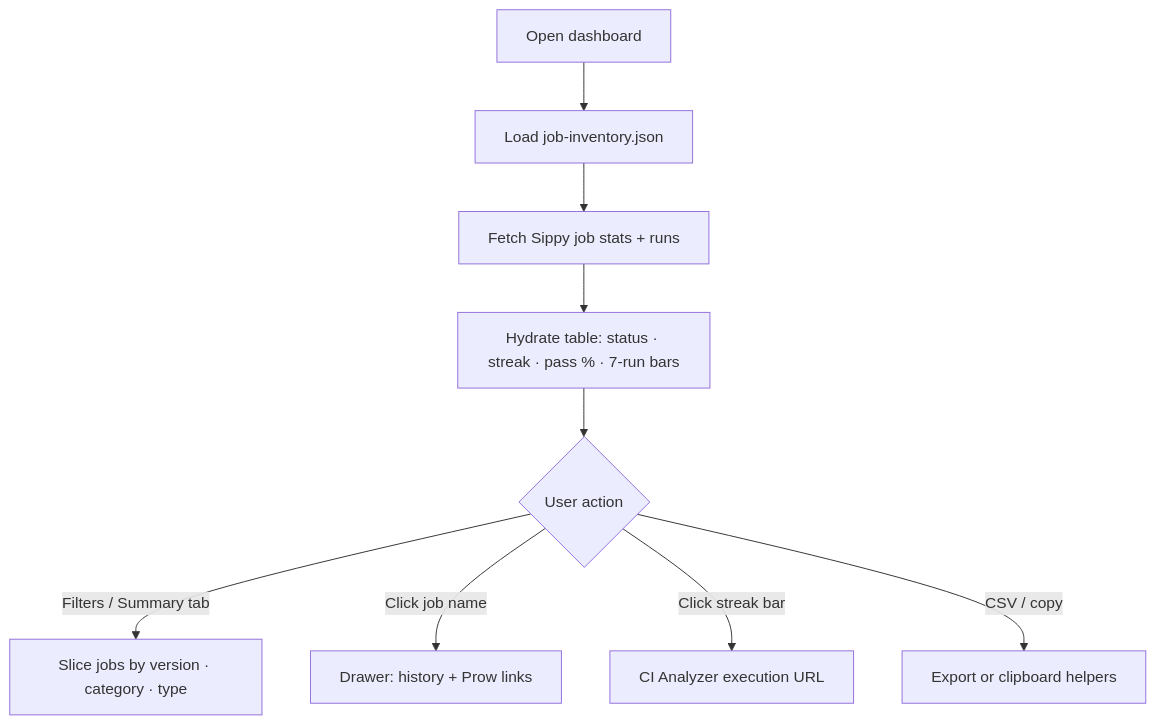
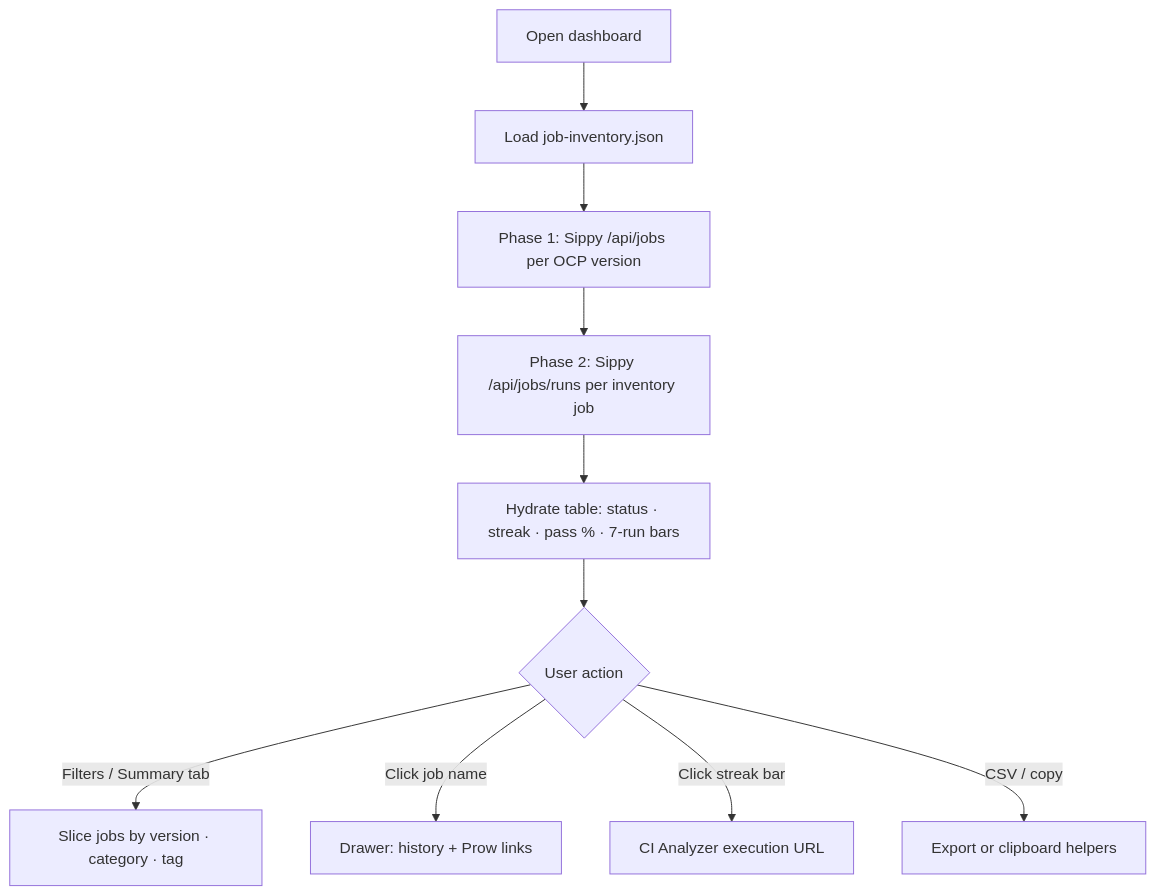
One commit to ibm-adarsh/ibmz-openshift-job-monitor changed the third of 4 diagrams in README.md. Above: the diagram before and after it, drawn with Mermaid. The commit also changed other lines of this file, not shown here.

First line of the commit message:
Document Sippy stats/runs API flow and limited parallelism in the README.

````diff
--- a/README.md
+++ b/README.md
@@ -98,11 +98,12 @@
 ```mermaid
 flowchart TD
   A[Open dashboard] --> B[Load job-inventory.json]
-  B --> C[Fetch Sippy job stats + runs]
-  C --> D[Hydrate table: status · streak · pass % · 7-run bars]
-  D --> E{User action}
-  E -->|Filters / Summary tab| F[Slice jobs by version · category · type]
-  E -->|Click job name| G[Drawer: history + Prow links]
-  E -->|Click streak bar| H[CI Analyzer execution URL]
-  E -->|CSV / copy| I[Export or clipboard helpers]
+  B --> C[Phase 1: Sippy /api/jobs per OCP version]
+  C --> D[Phase 2: Sippy /api/jobs/runs per inventory job]
+  D --> E[Hydrate table: status · streak · pass % · 7-run bars]
+  E --> F{User action}
+  F -->|Filters / Summary tab| G[Slice jobs by version · category · tag]
+  F -->|Click job name| H[Drawer: history + Prow links]
+  F -->|Click streak bar| I[CI Analyzer execution URL]
+  F -->|CSV / copy| J[Export or clipboard helpers]
 ```
````
